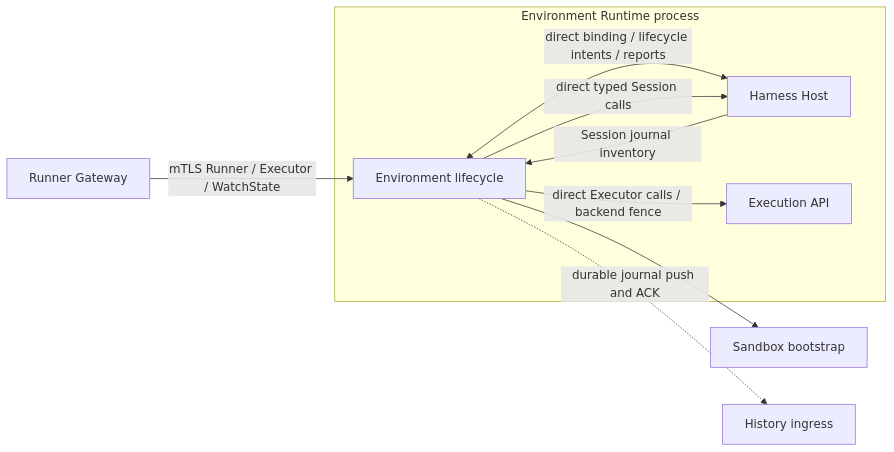
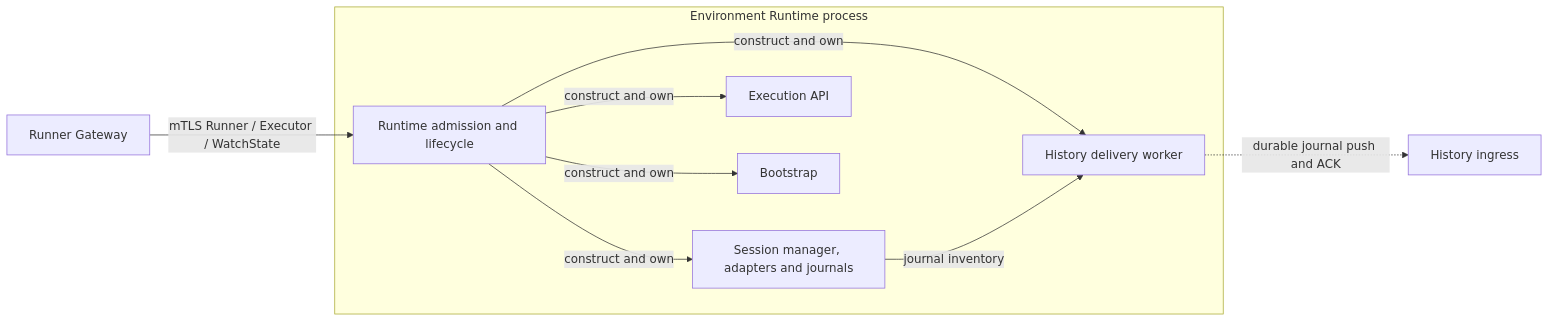
Before and after one commit to agentydragon/ducktape: the fourth of 9 diagrams in agentplane/docs/system_overview.md, drawn with Mermaid. The commit also changed other lines of this file and 22 other files, not shown here.

````diff
--- a/agentplane/docs/system_overview.md
+++ b/agentplane/docs/system_overview.md
@@ -316,18 +316,16 @@
 ```mermaid
 flowchart LR
     gateway[Runner Gateway]
     subgraph environment_runtime[Environment Runtime process]
-      runtime[Environment lifecycle]
-      host[Harness Host]
+      runtime[Runtime admission and lifecycle]
+      sessions[Session manager, adapters and journals]
       execution[Execution API]
+      bootstrap[Bootstrap]
+      delivery[History delivery worker]
+      runtime -->|construct and own| sessions & execution & bootstrap & delivery
+      sessions -->|journal inventory| delivery
     end
-    bootstrap[Sandbox bootstrap]
     history[History ingress]
     gateway -->|mTLS Runner / Executor / WatchState| runtime
-    runtime <-->|direct binding / lifecycle intents / reports| host
-    runtime -->|direct typed Session calls| host
-    runtime -->|direct Executor calls / backend fence| execution
-    runtime --> bootstrap
-    host -->|Session journal inventory| runtime
-    runtime -.->|durable journal push and ACK| history
+    delivery -.->|durable journal push and ACK| history
 ```
````
